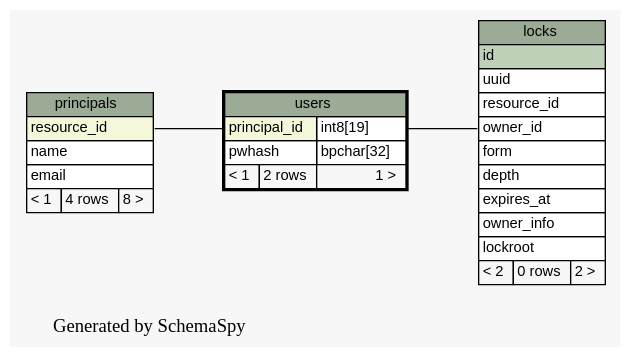
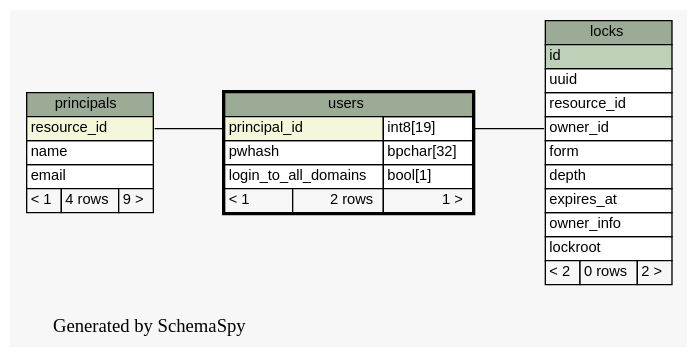
One commit to tolsen/limestone changed the diagram in limestone/doc/schemaSpy/graphs/users.1degree.dot. Above: the diagram before and after it, drawn with Graphviz. The commit also changed 151 other files, not shown here.

Commit message:
update schemaspy

```diff
--- a/limestone/doc/schemaSpy/graphs/users.1degree.dot
+++ b/limestone/doc/schemaSpy/graphs/users.1degree.dot
@@ -1,60 +1,61 @@
-// dot 2.16.1 on Linux 2.6.24-1-amd64
+// dot 2.20.2 on Linux 2.6.25-2-amd64
 digraph "oneDegreeRelationshipsGraph" {
   graph [
     rankdir="RL"
     bgcolor="#f7f7f7"
     label="\nGenerated by SchemaSpy"
     labeljust="l"
   ];
   node [
     fontname="Helvetica"
     fontsize="11"
     shape="plaintext"
   ];
   edge [
     arrowsize="0.8"
   ];
   "locks":"owner_id":w -> "users":"principal_id.type":e [arrowtail=crowtee arrowhead=none];
   "users":"principal_id":w -> "principals":"resource_id":e [arrowtail=tee arrowhead=none];
   "locks" [
     label=<
     <TABLE BORDER="0" CELLBORDER="1" CELLSPACING="0" BGCOLOR="#ffffff">
       <TR><TD PORT="locks.heading" COLSPAN="3" BGCOLOR="#9bab96" ALIGN="CENTER">locks</TD></TR>
       <TR><TD PORT="id" COLSPAN="3" BGCOLOR="#bed1b8" ALIGN="LEFT">id</TD></TR>
       <TR><TD PORT="uuid" COLSPAN="3" ALIGN="LEFT">uuid</TD></TR>
       <TR><TD PORT="resource_id" COLSPAN="3" ALIGN="LEFT">resource_id</TD></TR>
       <TR><TD PORT="owner_id" COLSPAN="3" ALIGN="LEFT">owner_id</TD></TR>
       <TR><TD PORT="form" COLSPAN="3" ALIGN="LEFT">form</TD></TR>
       <TR><TD PORT="depth" COLSPAN="3" ALIGN="LEFT">depth</TD></TR>
       <TR><TD PORT="expires_at" COLSPAN="3" ALIGN="LEFT">expires_at</TD></TR>
       <TR><TD PORT="owner_info" COLSPAN="3" ALIGN="LEFT">owner_info</TD></TR>
       <TR><TD PORT="lockroot" COLSPAN="3" ALIGN="LEFT">lockroot</TD></TR>
       <TR><TD ALIGN="LEFT" BGCOLOR="#f7f7f7">&lt; 2</TD><TD ALIGN="RIGHT" BGCOLOR="#f7f7f7">0 rows</TD><TD ALIGN="RIGHT" BGCOLOR="#f7f7f7">2 &gt;</TD></TR>
     </TABLE>>
     URL="locks.html#graph"
     tooltip="locks"
   ];
   "principals" [
     label=<
     <TABLE BORDER="0" CELLBORDER="1" CELLSPACING="0" BGCOLOR="#ffffff">
       <TR><TD PORT="principals.heading" COLSPAN="3" BGCOLOR="#9bab96" ALIGN="CENTER">principals</TD></TR>
       <TR><TD PORT="resource_id" COLSPAN="3" BGCOLOR="#f4f7da" ALIGN="LEFT">resource_id</TD></TR>
       <TR><TD PORT="name" COLSPAN="3" ALIGN="LEFT">name</TD></TR>
       <TR><TD PORT="email" COLSPAN="3" ALIGN="LEFT">email</TD></TR>
-      <TR><TD ALIGN="LEFT" BGCOLOR="#f7f7f7">&lt; 1</TD><TD ALIGN="RIGHT" BGCOLOR="#f7f7f7">4 rows</TD><TD ALIGN="RIGHT" BGCOLOR="#f7f7f7">8 &gt;</TD></TR>
+      <TR><TD ALIGN="LEFT" BGCOLOR="#f7f7f7">&lt; 1</TD><TD ALIGN="RIGHT" BGCOLOR="#f7f7f7">4 rows</TD><TD ALIGN="RIGHT" BGCOLOR="#f7f7f7">9 &gt;</TD></TR>
     </TABLE>>
     URL="principals.html#graph"
     tooltip="principals"
   ];
   "users" [
     label=<
     <TABLE BORDER="2" CELLBORDER="1" CELLSPACING="0" BGCOLOR="#ffffff">
       <TR><TD PORT="users.heading" COLSPAN="3" BGCOLOR="#9bab96" ALIGN="CENTER">users</TD></TR>
       <TR><TD PORT="principal_id" COLSPAN="2" BGCOLOR="#f4f7da" ALIGN="LEFT">principal_id</TD><TD PORT="principal_id.type" ALIGN="LEFT">int8[19]</TD></TR>
       <TR><TD PORT="pwhash" COLSPAN="2" ALIGN="LEFT">pwhash</TD><TD PORT="pwhash.type" ALIGN="LEFT">bpchar[32]</TD></TR>
+      <TR><TD PORT="login_to_all_domains" COLSPAN="2" ALIGN="LEFT">login_to_all_domains</TD><TD PORT="login_to_all_domains.type" ALIGN="LEFT">bool[1]</TD></TR>
       <TR><TD ALIGN="LEFT" BGCOLOR="#f7f7f7">&lt; 1</TD><TD ALIGN="RIGHT" BGCOLOR="#f7f7f7">2 rows</TD><TD ALIGN="RIGHT" BGCOLOR="#f7f7f7">1 &gt;</TD></TR>
     </TABLE>>
     URL="users.html#"
     tooltip="users"
   ];
 }
```
